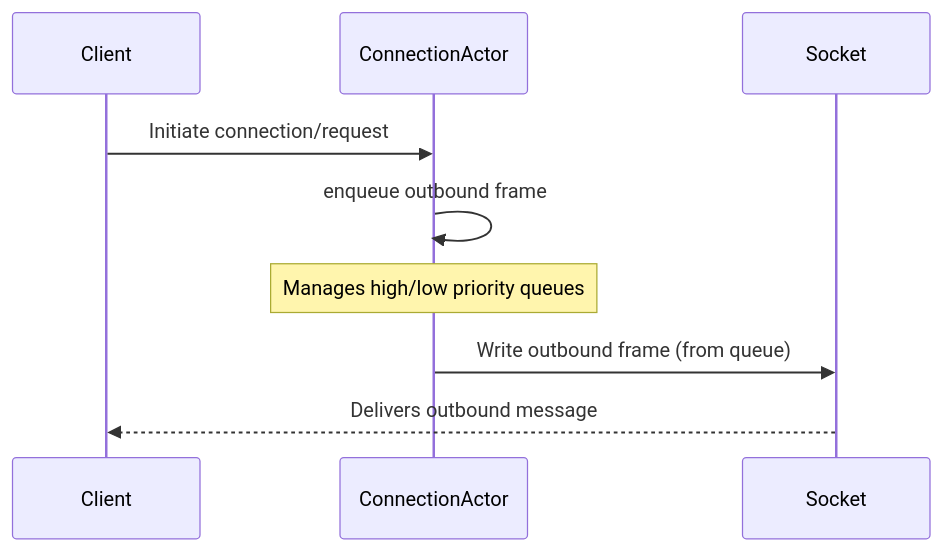
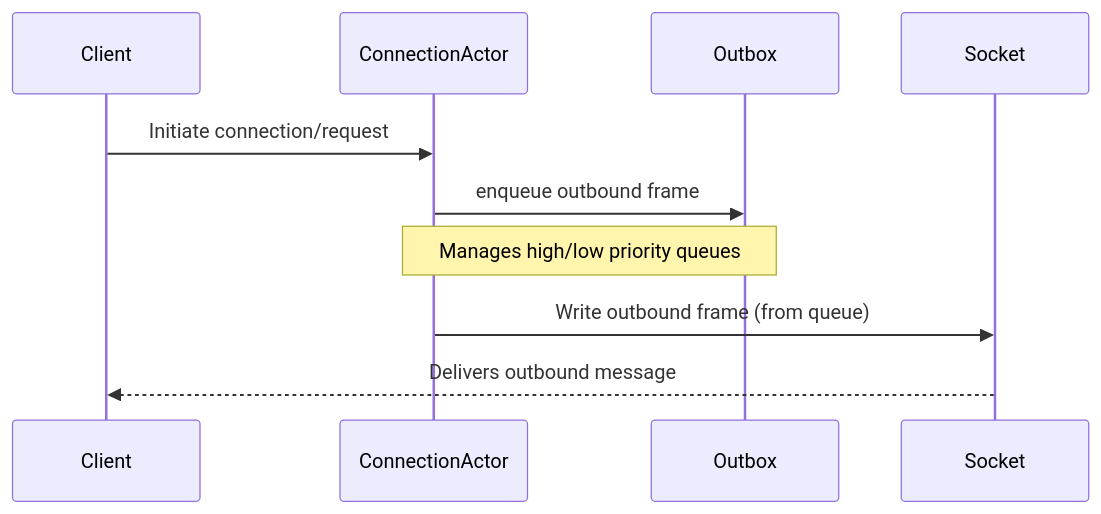
Before and after one commit to leynos/wireframe: the second of 7 diagrams in docs/asynchronous-outbound-messaging-design.md, drawn with Mermaid. The commit also changed other lines of this file, not shown here.

Commit message:
Update connection actor diagrams

````diff
--- a/docs/asynchronous-outbound-messaging-design.md
+++ b/docs/asynchronous-outbound-messaging-design.md
@@ -166,12 +166,13 @@
 ```mermaid
 sequenceDiagram
     participant Client
     participant ConnectionActor
+    participant Queue as Outbox
     participant Socket
 
     Client->>ConnectionActor: Initiate connection/request
-    ConnectionActor->>ConnectionActor: enqueue outbound frame
-    Note over ConnectionActor: Manages high/low priority queues
+    ConnectionActor->>Queue: enqueue outbound frame
+    Note over ConnectionActor,Queue: Manages high/low priority queues
     ConnectionActor->>Socket: Write outbound frame (from queue)
     Socket-->>Client: Delivers outbound message
 ```
````
